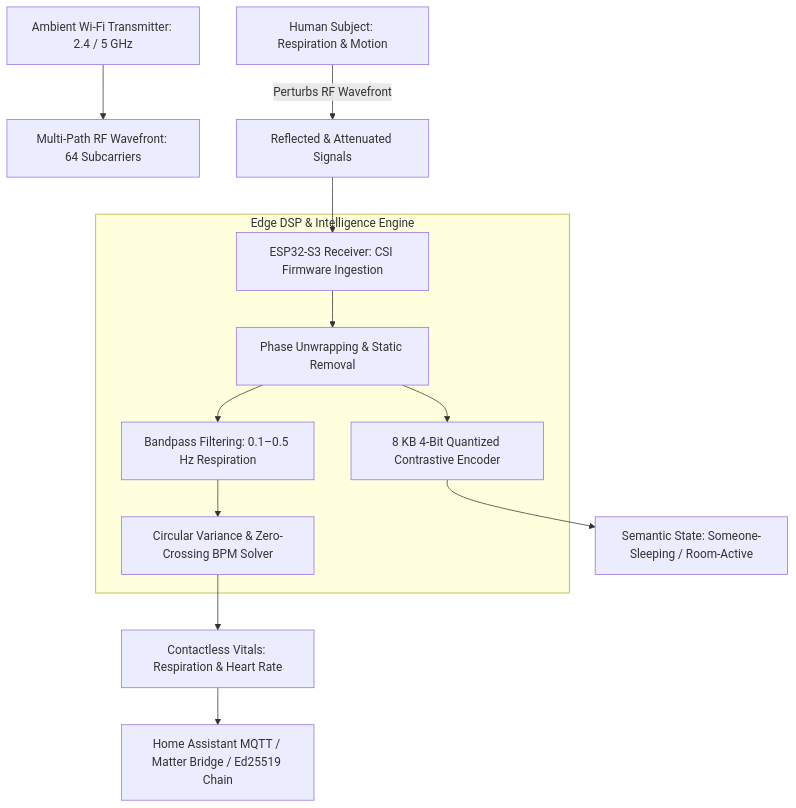
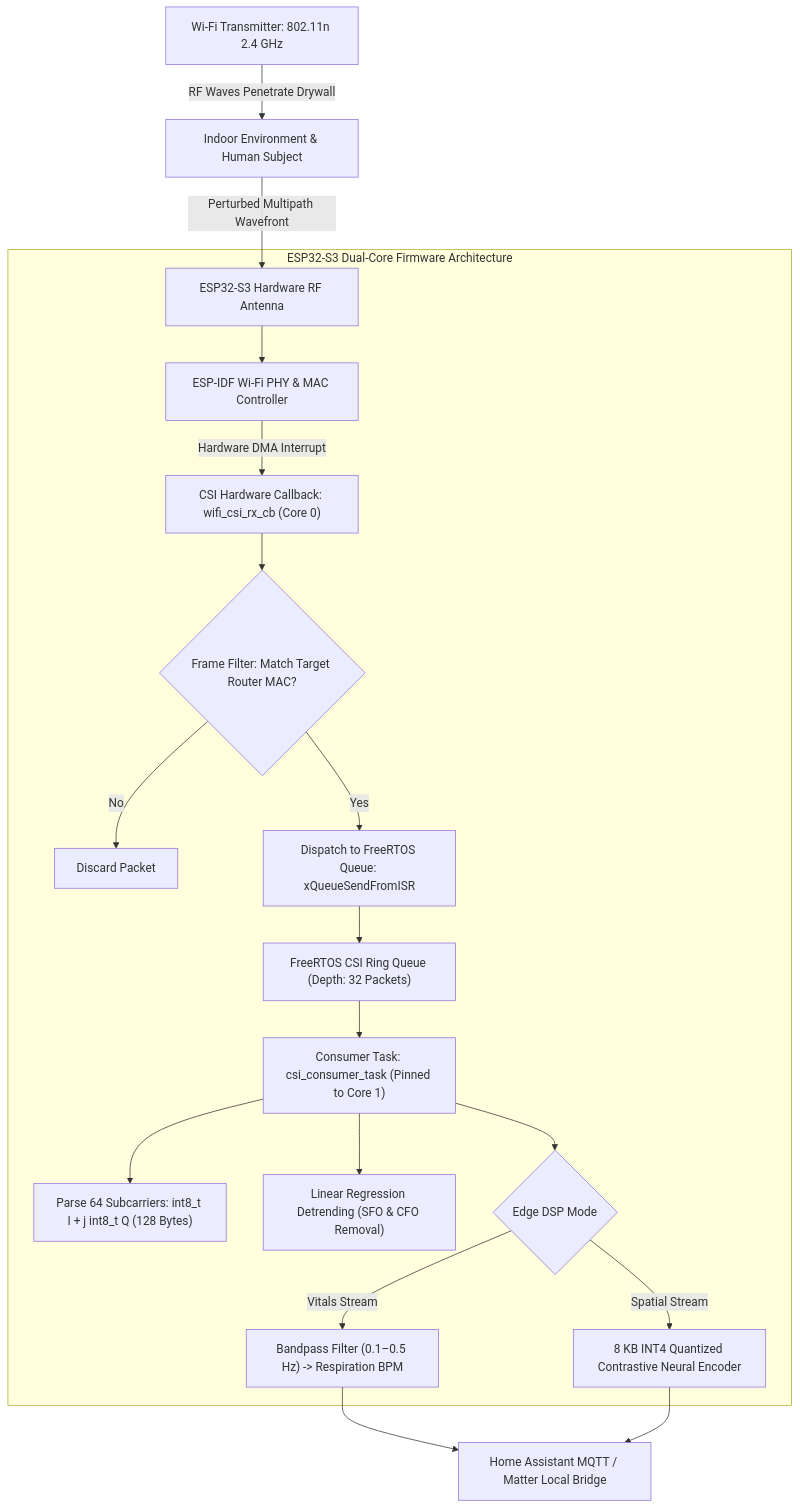
Before and after one commit to MasterZ1311/Dev-AURA: the diagram in docs/project-case-studies/edge-sensing-and-radio-physics/ruview-wifi-densepose.md, drawn with Mermaid. The commit also changed other lines of this file and 48 other files, not shown here.

````diff
--- a/docs/project-case-studies/edge-sensing-and-radio-physics/ruview-wifi-densepose.md
+++ b/docs/project-case-studies/edge-sensing-and-radio-physics/ruview-wifi-densepose.md
@@ -35,20 +49,27 @@
 ```mermaid
 graph TD
-    Router[Ambient Wi-Fi Transmitter: 2.4 / 5 GHz] --> Wavefront[Multi-Path RF Wavefront: 64 Subcarriers]
+    Router[Wi-Fi Transmitter: 802.11n 2.4 GHz] -->|RF Waves Penetrate Drywall| Room[Indoor Environment & Human Subject]
+    Room -->|Perturbed Multipath Wavefront| ESPAntenna[ESP32-S3 Hardware RF Antenna]
     
-    Human[Human Subject: Respiration & Motion] -->|Perturbs RF Wavefront| DisturbedWaves[Reflected & Attenuated Signals]
-    
-    DisturbedWaves --> ESP32[ESP32-S3 Receiver: CSI Firmware Ingestion]
-    
-    subgraph Edge DSP & Intelligence Engine
-        ESP32 --> PhaseUnwrap[Phase Unwrapping & Static Removal]
-        PhaseUnwrap --> Bandpass[Bandpass Filtering: 0.1–0.5 Hz Respiration]
-        Bandpass --> BPMCalc[Circular Variance & Zero-Crossing BPM Solver]
-        PhaseUnwrap --> EdgeModel[8 KB 4-Bit Quantized Contrastive Encoder]
+    subgraph ESP32-S3 Dual-Core Firmware Architecture
+        ESPAntenna --> WiFiPHY[ESP-IDF Wi-Fi PHY & MAC Controller]
+        WiFiPHY -->|Hardware DMA Interrupt| RxCallback["CSI Hardware Callback: wifi_csi_rx_cb (Core 0)"]
+        
+        RxCallback --> FrameFilter{"Frame Filter: Match Target Router MAC?"}
+        FrameFilter -->|No| DropFrame[Discard Packet]
+        FrameFilter -->|Yes| QueueDispatch["Dispatch to FreeRTOS Queue: xQueueSendFromISR"]
+        
+        QueueDispatch --> FreeRTOSQueue["FreeRTOS CSI Ring Queue (Depth: 32 Packets)"]
+        
+        FreeRTOSQueue --> WorkerTask["Consumer Task: csi_consumer_task (Pinned to Core 1)"]
+        WorkerTask --> IQParse["Parse 64 Subcarriers: int8_t I + j int8_t Q (128 Bytes)"]
+        WorkerTask --> PhaseSanitize["Linear Regression Detrending (SFO & CFO Removal)"]
+        WorkerTask --> DSPOrInference{"Edge DSP Mode"}
+        
+        DSPOrInference -->|Vitals Stream| RespirationBPM["Bandpass Filter (0.1–0.5 Hz) -> Respiration BPM"]
+        DSPOrInference -->|Spatial Stream| NeuralEncoder["8 KB INT4 Quantized Contrastive Neural Encoder"]
     end
     
-    BPMCalc --> PresenceMetrics[Contactless Vitals: Respiration & Heart Rate]
-    EdgeModel --> SpatialState[Semantic State: Someone-Sleeping / Room-Active]
-    
-    PresenceMetrics --> LocalBridge[Home Assistant MQTT / Matter Bridge / Ed25519 Chain]
+    RespirationBPM --> LocalBridge["Home Assistant MQTT / Matter Local Bridge"]
+    NeuralEncoder --> LocalBridge
 ```
````
